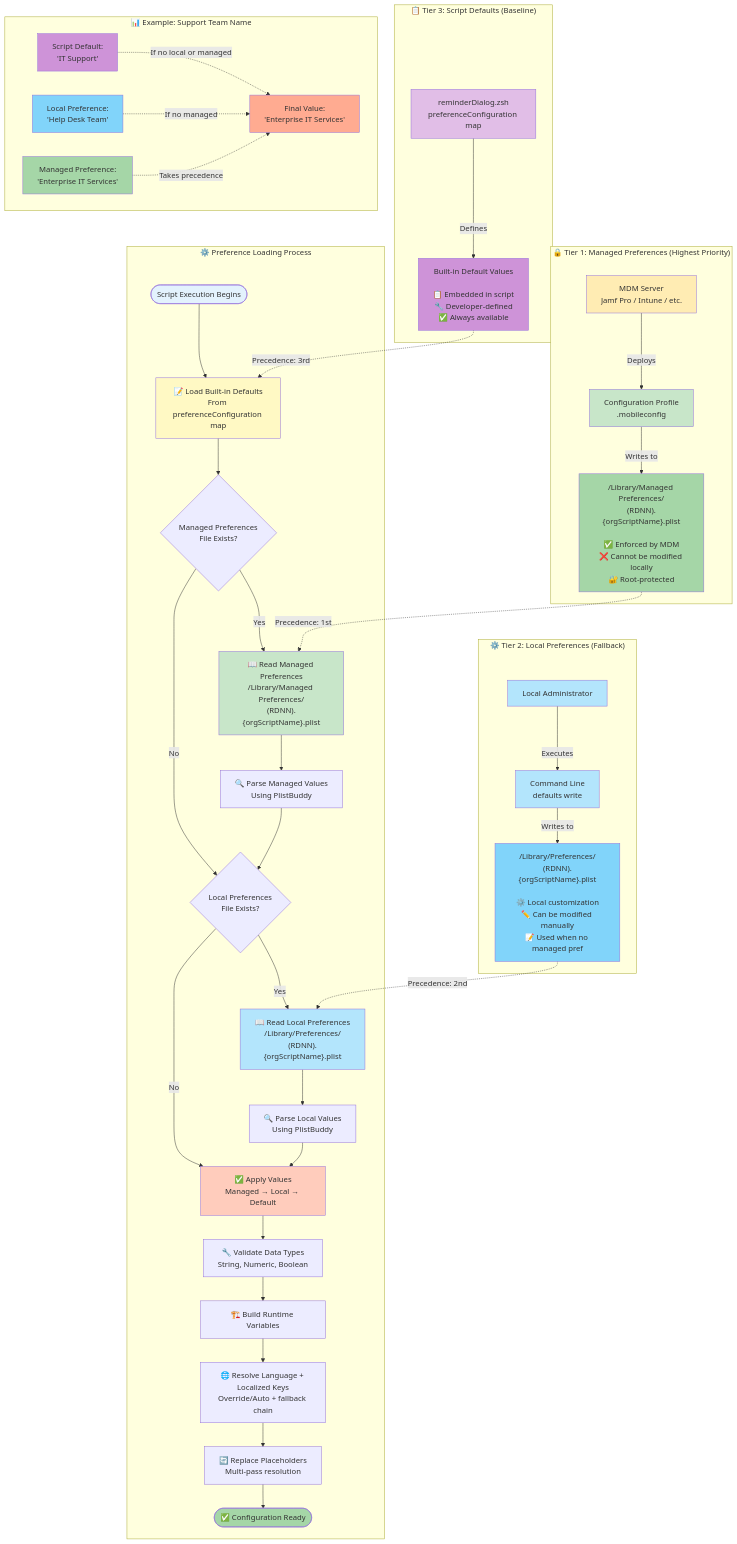
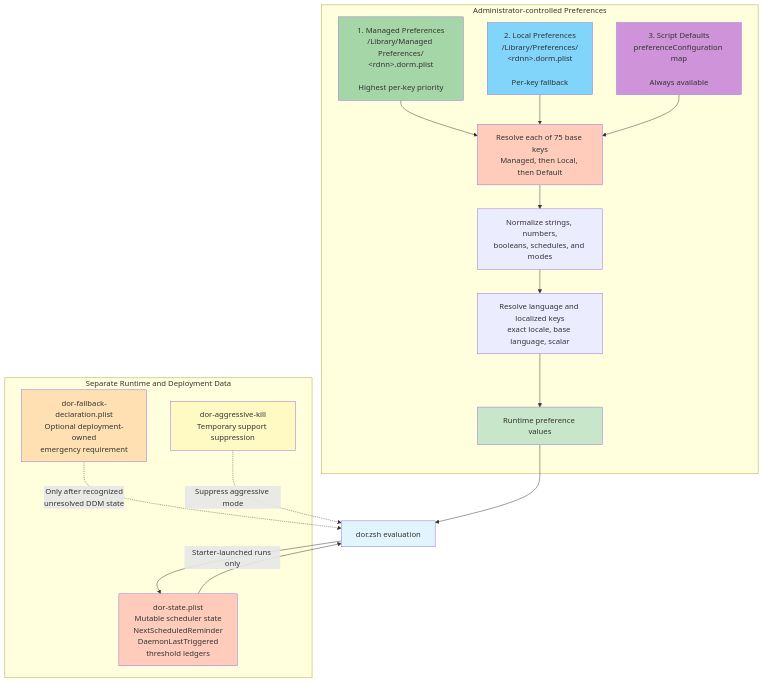
Before and after one commit to dan-snelson/DDM-OS-Reminder: the diagram in Diagrams/05-configuration-hierarchy.md, drawn with Mermaid. The commit also changed other lines of this file and 34 other files, not shown here.

````diff
--- a/Diagrams/05-configuration-hierarchy.md
+++ b/Diagrams/05-configuration-hierarchy.md
@@ -5,87 +5,37 @@
 ```mermaid
-graph TB
-    subgraph LoadingProcess["⚙️ Preference Loading Process"]
-        Start([Script Execution Begins]) --> LoadDefaults[📝 Load Built-in Defaults<br/>From preferenceConfiguration map]
-        
-        LoadDefaults --> CheckManaged{Managed Preferences<br/>File Exists?}
-        
-        CheckManaged -->|Yes| ReadManaged["📖 Read Managed Preferences<br>/Library/Managed Preferences/<br>(RDNN).{orgScriptName}.plist"]
-        CheckManaged -->|No| CheckLocal
-        
-        ReadManaged --> ParseManaged[🔍 Parse Managed Values<br/>Using PlistBuddy]
-        ParseManaged --> CheckLocal{Local Preferences<br/>File Exists?}
-        
-        CheckLocal -->|Yes| ReadLocal["📖 Read Local Preferences<br>/Library/Preferences/<br>(RDNN).{orgScriptName}.plist"]
-        CheckLocal -->|No| ApplyValues
-        
-        ReadLocal --> ParseLocal[🔍 Parse Local Values<br/>Using PlistBuddy]
-        ParseLocal --> ApplyValues[✅ Apply Values<br/>Managed → Local → Default]
-        
-        ApplyValues --> ValidateTypes[🔧 Validate Data Types<br/>String, Numeric, Boolean]
-        ValidateTypes --> BuildVars[🏗️ Build Runtime Variables]
-        BuildVars --> ResolveLocalized[🌐 Resolve Language + Localized Keys<br/>Override/Auto + fallback chain]
-        ResolveLocalized --> ReplacePlaceholders[🔄 Replace Placeholders<br/>Multi-pass resolution]
-        ReplacePlaceholders --> Ready([✅ Configuration Ready])
-        
-        style Start fill:#e3f2fd
-        style LoadDefaults fill:#fff9c4
-        style ReadManaged fill:#c8e6c9
-        style ReadLocal fill:#b3e5fc
-        style ApplyValues fill:#ffccbc
-        style Ready fill:#a5d6a7
+flowchart TB
+    subgraph Admin["Administrator-controlled Preferences"]
+        Managed["1. Managed Preferences<br/>/Library/Managed Preferences/<br/>&lt;rdnn&gt;.dorm.plist<br/><br/>Highest per-key priority"]
+        Local["2. Local Preferences<br/>/Library/Preferences/<br/>&lt;rdnn&gt;.dorm.plist<br/><br/>Per-key fallback"]
+        Defaults["3. Script Defaults<br/>preferenceConfiguration map<br/><br/>Always available"]
+
+        Managed --> Resolve["Resolve each of 75 base keys<br/>Managed, then Local, then Default"]
+        Local --> Resolve
+        Defaults --> Resolve
+        Resolve --> Types["Normalize strings, numbers,<br/>booleans, schedules, and modes"]
+        Types --> Localize["Resolve language and localized keys<br/>exact locale, base language, scalar"]
+        Localize --> Runtime["Runtime preference values"]
     end
-    
-    subgraph Tier1["🔒 Tier 1: Managed Preferences (Highest Priority)"]
-        MDM[MDM Server<br/>Jamf Pro / Intune / etc.]
-        Profile[Configuration Profile<br/>.mobileconfig]
-        
-        MDM -->|Deploys| Profile
-        Profile -->|Writes to| ManagedPlist["/Library/Managed Preferences/<br>(RDNN).{orgScriptName}.plist<br><br>✅ Enforced by MDM<br>❌ Cannot be modified locally<br>🔐 Root-protected"]
-        
-        ManagedPlist -.->|Precedence: 1st| ReadManaged
-        
-        style MDM fill:#ffecb3
-        style Profile fill:#c8e6c9
-        style ManagedPlist fill:#a5d6a7
+
+    subgraph Separate["Separate Runtime and Deployment Data"]
+        State["dor-state.plist<br/>Mutable scheduler state<br/>NextScheduledReminder<br/>DaemonLastTriggered<br/>threshold ledgers"]
+        Fallback["dor-fallback-declaration.plist<br/>Optional deployment-owned<br/>emergency requirement"]
+        Kill["dor-aggressive-kill<br/>Temporary support suppression"]
     end
-    
-    subgraph Tier2["⚙️ Tier 2: Local Preferences (Fallback)"]
-        Admin[Local Administrator]
-        CLI[Command Line<br/>defaults write]
-        
-        Admin -->|Executes| CLI
-        CLI -->|Writes to| LocalPlist["/Library/Preferences/<br>(RDNN).{orgScriptName}.plist<br><br>⚙️ Local customization<br>✏️ Can be modified manually<br>📝 Used when no managed pref"]
-        
-        LocalPlist -.->|Precedence: 2nd| ReadLocal
-        
-        style Admin fill:#b3e5fc
-        style CLI fill:#b3e5fc
-        style LocalPlist fill:#81d4fa
-    end
-    
-    subgraph Tier3["📋 Tier 3: Script Defaults (Baseline)"]
-        ScriptCode[reminderDialog.zsh<br/>preferenceConfiguration map]
-        
-        ScriptCode -->|Defines| DefaultValues[Built-in Default Values<br/><br/>📋 Embedded in script<br/>🔧 Developer-defined<br/>✅ Always available]
-        
-        DefaultValues -.->|Precedence: 3rd| LoadDefaults
-        
-        style ScriptCode fill:#e1bee7
-        style DefaultValues fill:#ce93d8
-    end
-    
-    subgraph Example["📊 Example: Support Team Name"]
-        E_Script[Script Default:<br/>'IT Support']
-        E_Local[Local Preference:<br/>'Help Desk Team']
-        E_Managed[Managed Preference:<br/>'Enterprise IT Services']
-        
-        E_Script -.->|If no local or managed| E_Result
-        E_Local -.->|If no managed| E_Result
-        E_Managed -.->|Takes precedence| E_Result[Final Value:<br/>'Enterprise IT Services']
-        
-        style E_Script fill:#ce93d8
-        style E_Local fill:#81d4fa
-        style E_Managed fill:#a5d6a7
-        style E_Result fill:#ffab91
-    end
+
+    Runtime --> Main["dor.zsh evaluation"]
+    State --> Main
+    Fallback -.->|Only after recognized<br/>unresolved DDM state| Main
+    Kill -.->|Suppress aggressive mode| Main
+    Main -->|Starter-launched runs only| State
+
+    style Managed fill:#a5d6a7
+    style Local fill:#81d4fa
+    style Defaults fill:#ce93d8
+    style Resolve fill:#ffccbc
+    style Runtime fill:#c8e6c9
+    style State fill:#ffccbc
+    style Fallback fill:#ffe0b2
+    style Kill fill:#fff9c4
+    style Main fill:#e1f5ff
 ```
````
